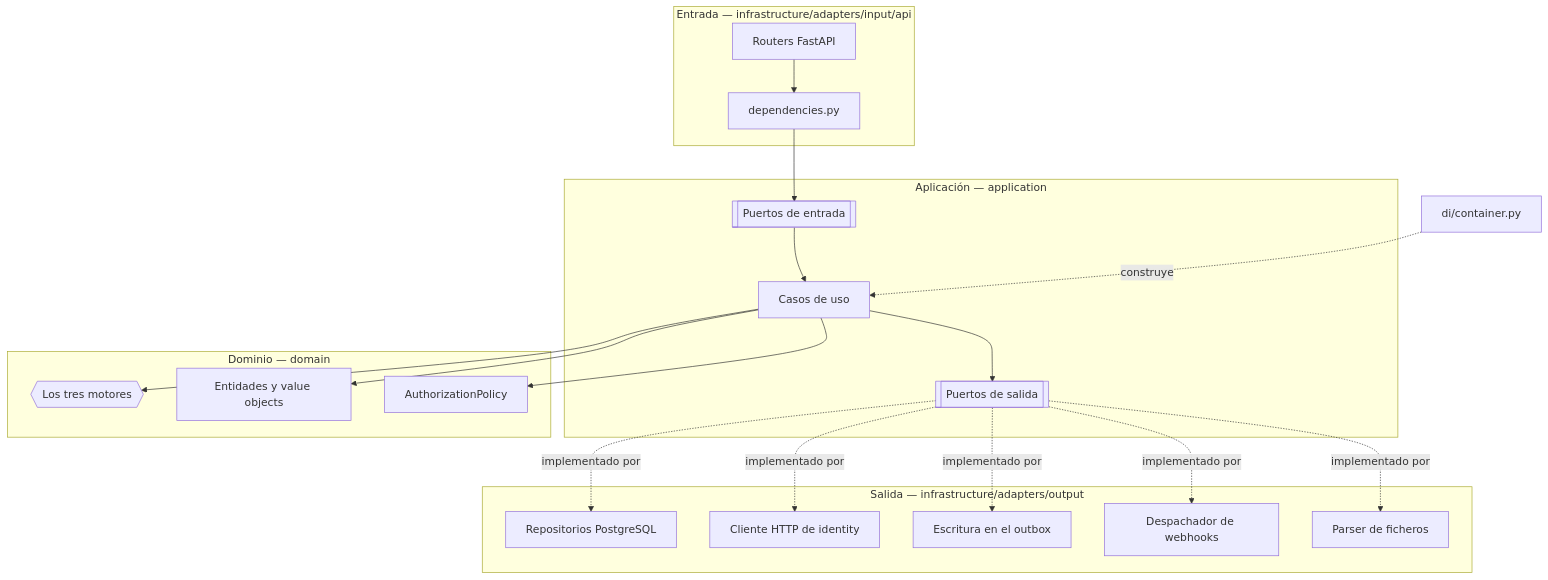
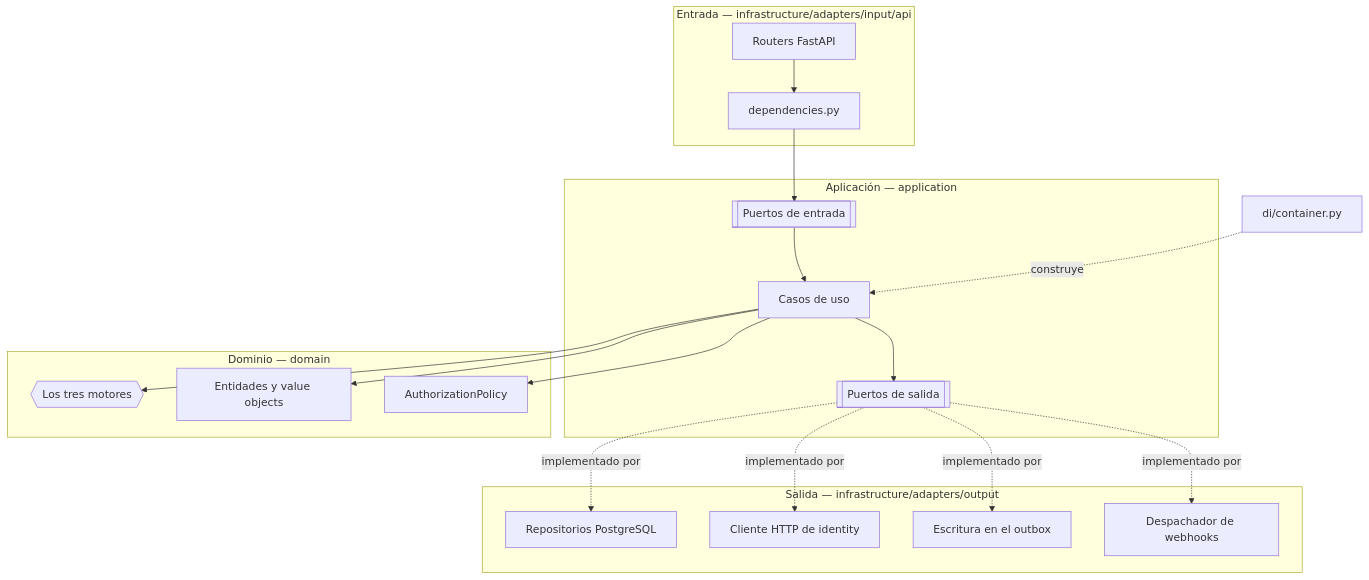
The diagram in docs/content/arquitectura/c4-componentes.md (MDCIrony/leads-hexa), drawn with Mermaid before and after one commit. The commit also changed other lines of this file and 33 other files, not shown here.

````diff
--- a/docs/content/arquitectura/c4-componentes.md
+++ b/docs/content/arquitectura/c4-componentes.md
@@ -9,41 +12,39 @@
 ```mermaid
 flowchart TD
     subgraph ENTRADA["Entrada — infrastructure/adapters/input/api"]
         ROUTERS["Routers FastAPI"]
         DEPS["dependencies.py"]
     end
 
     subgraph APP["Aplicación — application"]
         PIN[["Puertos de entrada"]]
         UC["Casos de uso"]
         POUT[["Puertos de salida"]]
     end
 
     subgraph DOM["Dominio — domain"]
         ENG{{"Los tres motores"}}
         ENT["Entidades y value objects"]
         POL["AuthorizationPolicy"]
     end
 
     subgraph SALIDA["Salida — infrastructure/adapters/output"]
         SQL["Repositorios PostgreSQL"]
         IDHTTP["Cliente HTTP de identity"]
         OUTBOX["Escritura en el outbox"]
         HTTPX["Despachador de webhooks"]
-        PARSER["Parser de ficheros"]
     end
 
     DI["di/container.py"]
 
     ROUTERS --> DEPS --> PIN --> UC
     UC --> ENG
     UC --> ENT
     UC --> POL
     UC --> POUT
     POUT -.->|implementado por| SQL
     POUT -.->|implementado por| IDHTTP
     POUT -.->|implementado por| OUTBOX
     POUT -.->|implementado por| HTTPX
-    POUT -.->|implementado por| PARSER
     DI -.->|construye| UC
 ```
````
